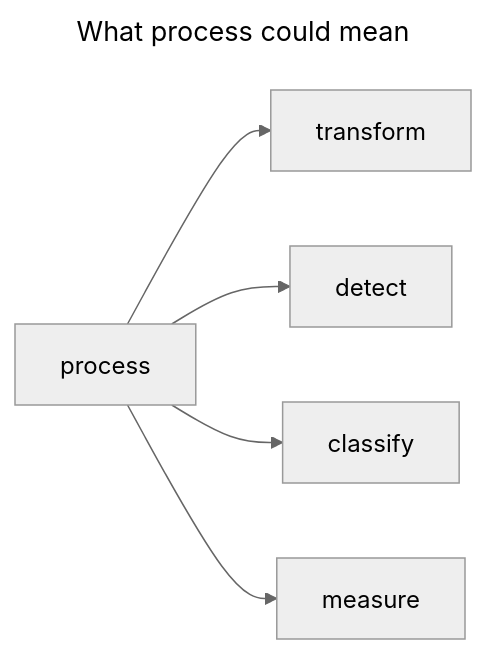
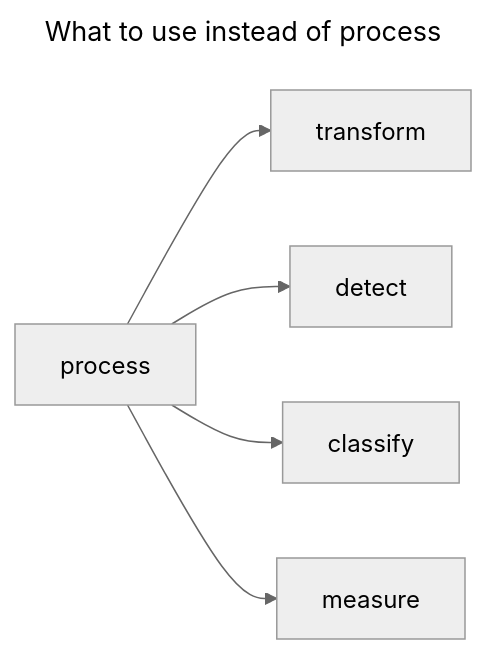
Diagram 11 of 13 in docs/methodology/REJECTED_CANDIDATES.md (synaptiai/agent-capability-standard), drawn with Mermaid (neutral theme) before and after one commit. The commit also changed other lines of this file and 4 other files, not shown here.

First line of the commit message:
docs: methodology diagrams match their lists

````diff
--- a/docs/methodology/REJECTED_CANDIDATES.md
+++ b/docs/methodology/REJECTED_CANDIDATES.md
@@ -495,11 +494,11 @@
 ```mermaid
 ---
-title: What process could mean
+title: What to use instead of process
 ---
 flowchart LR
-  accDescr: process could mean transform, or detect, classify and measure for analysis.
+  accDescr: Instead of process, use transform, or detect, classify and measure for analysis.
   proc[process] --> transform
   proc --> detect
   proc --> classify
   proc --> measure
 ```
````
